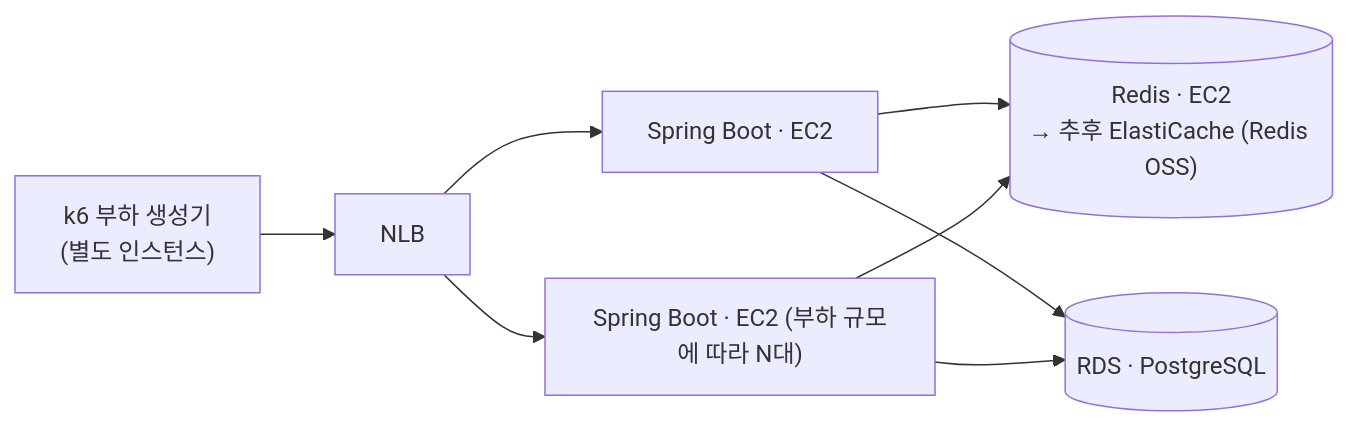
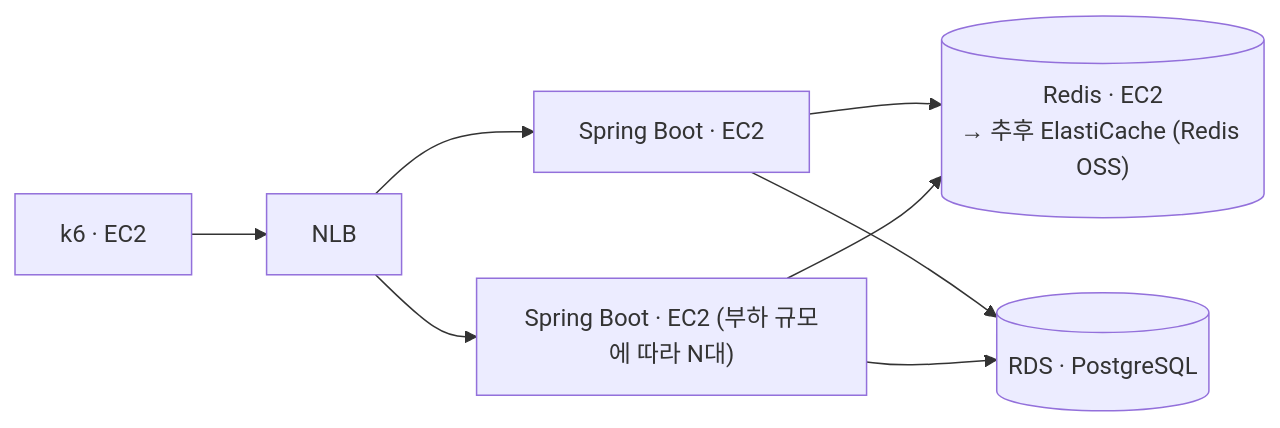
Before and after one commit to urban6/holiday-train-ticketing-system: the second of 2 diagrams in README.md, drawn with Mermaid. The commit also changed other lines of this file and 4 other files, not shown here.

````diff
--- a/README.md
+++ b/README.md
@@ -108,10 +177,10 @@
 ```mermaid
 flowchart LR
-    k6["k6 부하 생성기<br/>(별도 인스턴스)"] --> nlb[NLB]
+    k6["k6 · EC2"] --> nlb[NLB]
     nlb --> was1["Spring Boot · EC2"]
     nlb --> was2["Spring Boot · EC2 (부하 규모에 따라 N대)"]
     was1 --> redis[("Redis · EC2<br/>→ 추후 ElastiCache (Redis OSS)")]
     was2 --> redis
     was1 --> rds[("RDS · PostgreSQL")]
     was2 --> rds
 ```
````
